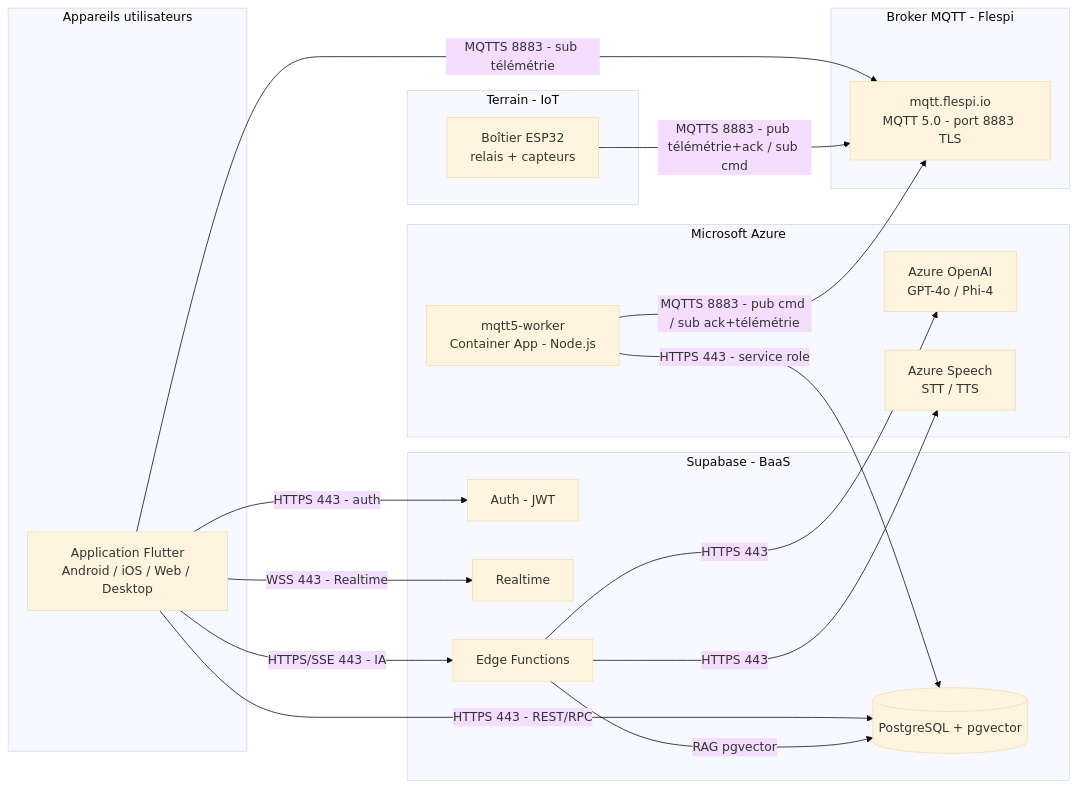
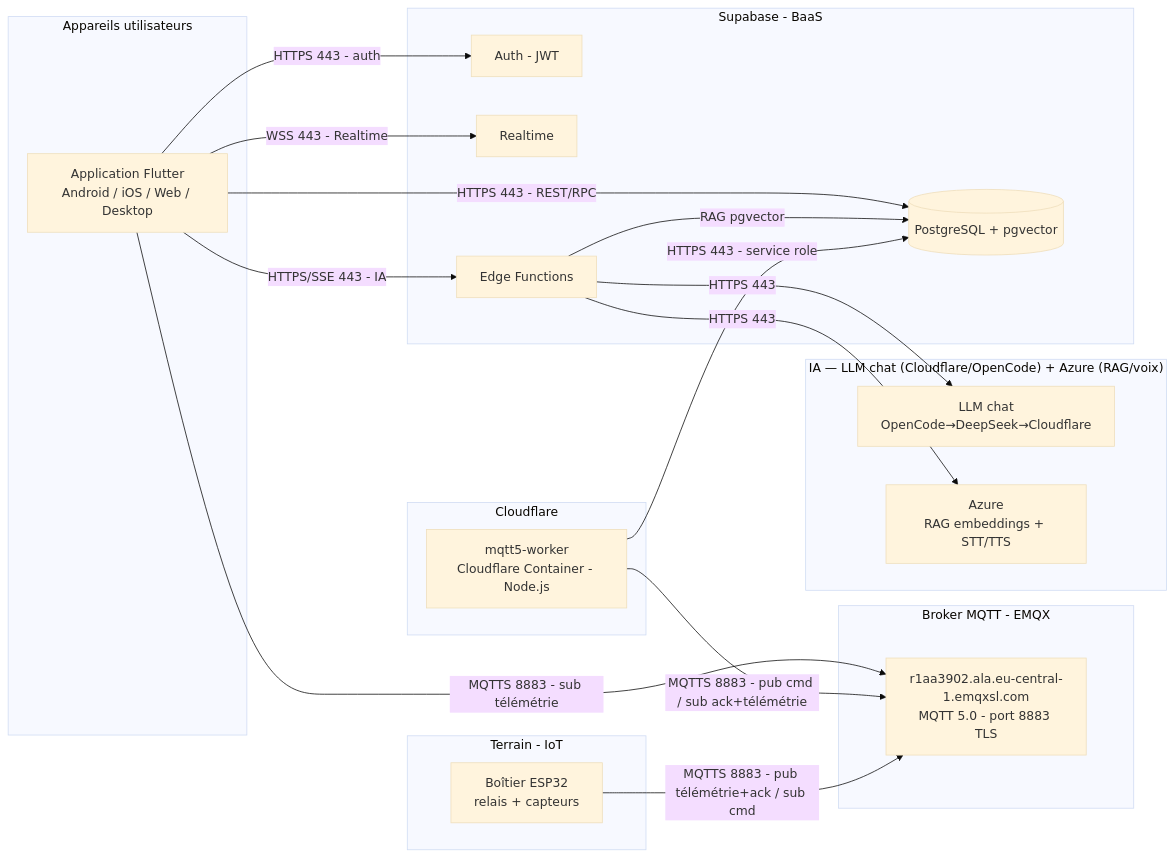
Before and after one commit to HackerGit29/flutter: the first of 4 diagrams in docs/architecture-reseau.md, drawn with Mermaid (base theme). The commit also changed other lines of this file, not shown here.

Commit message:
docs: topo réseau — EMQX, Cloudflare Containers, IA scindée

````diff
--- a/docs/architecture-reseau.md
+++ b/docs/architecture-reseau.md
@@ -59,42 +69,45 @@
 ```mermaid
 flowchart LR
   subgraph Client["Appareils utilisateurs"]
     App["Application Flutter<br/>Android / iOS / Web / Desktop"]
   end
 
-  subgraph Flespi["Broker MQTT - Flespi"]
-    Broker["mqtt.flespi.io<br/>MQTT 5.0 - port 8883 TLS"]
+  subgraph Flespi["Broker MQTT - EMQX"]
+    Broker["r1aa3902.ala.eu-central-1.emqxsl.com<br/>MQTT 5.0 - port 8883 TLS"]
   end
 
   subgraph SupabaseZone["Supabase - BaaS"]
     Auth["Auth - JWT"]
     DB[("PostgreSQL + pgvector")]
     RT["Realtime"]
     EF["Edge Functions"]
   end
 
-  subgraph AzureZone["Microsoft Azure"]
-    Worker["mqtt5-worker<br/>Container App - Node.js"]
-    AOAI["Azure OpenAI<br/>GPT-4o / Phi-4"]
-    Speech["Azure Speech<br/>STT / TTS"]
+  subgraph CloudZone["Cloudflare"]
+    Worker["mqtt5-worker<br/>Cloudflare Container - Node.js"]
+  end
+
+  subgraph IAZone["IA — LLM chat (Cloudflare/OpenCode) + Azure (RAG/voix)"]
+    AOAI["LLM chat<br/>OpenCode→DeepSeek→Cloudflare"]
+    Speech["Azure<br/>RAG embeddings + STT/TTS"]
   end
 
   subgraph Terrain["Terrain - IoT"]
     Box["Boîtier ESP32<br/>relais + capteurs"]
   end
 
   App -- "HTTPS 443 - auth" --> Auth
   App -- "HTTPS 443 - REST/RPC" --> DB
   App -- "WSS 443 - Realtime" --> RT
   App -- "HTTPS/SSE 443 - IA" --> EF
   App -- "MQTTS 8883 - sub télémétrie" --> Broker
 
   EF -- "HTTPS 443" --> AOAI
   EF -- "HTTPS 443" --> Speech
   EF -- "RAG pgvector" --> DB
 
   Worker -- "HTTPS 443 - service role" --> DB
   Worker -- "MQTTS 8883 - pub cmd / sub ack+télémétrie" --> Broker
 
   Box -- "MQTTS 8883 - pub télémétrie+ack / sub cmd" --> Broker
 ```
````
